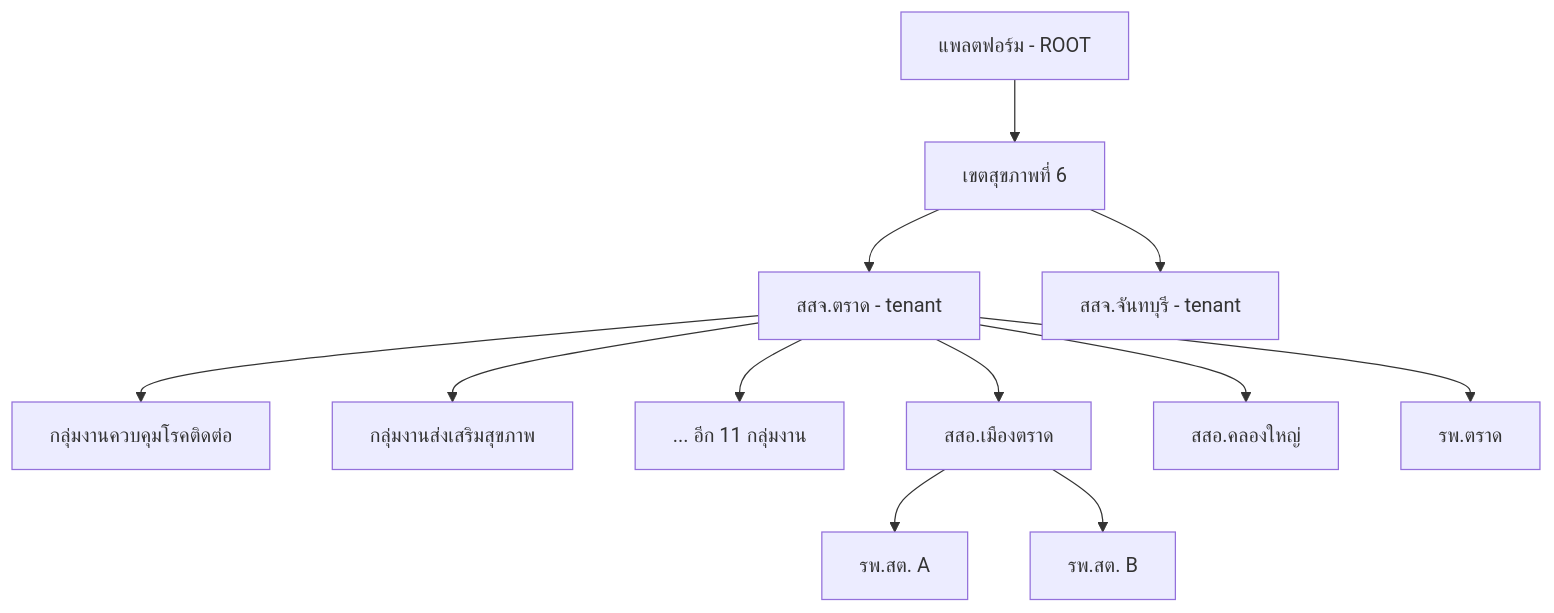
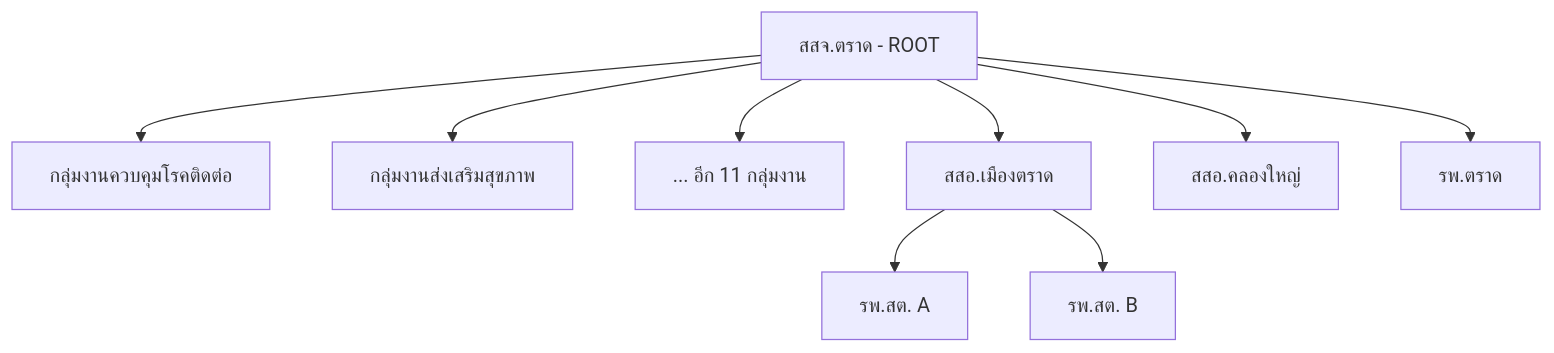
The second of 7 diagrams in docs/ARCHITECTURE.md (aletheiamask/Public-Health), drawn with Mermaid before and after one commit. The commit also changed other lines of this file and 1 other file, not shown here.

````diff
--- a/docs/ARCHITECTURE.md
+++ b/docs/ARCHITECTURE.md
@@ -172,14 +171,12 @@
 ```mermaid
 flowchart TD
-  R[แพลตฟอร์ม - ROOT] --> Z6[เขตสุขภาพที่ 6]
-  Z6 --> P[สสจ.ตราด - tenant]
-  Z6 --> P2[สสจ.จันทบุรี - tenant]
+  P[สสจ.ตราด - ROOT]
   P --> D1[กลุ่มงานควบคุมโรคติดต่อ]
   P --> D2[กลุ่มงานส่งเสริมสุขภาพ]
   P --> D3[... อีก 11 กลุ่มงาน]
   P --> A1[สสอ.เมืองตราด]
   P --> A2[สสอ.คลองใหญ่]
   P --> H1[รพ.ตราด]
   A1 --> U1[รพ.สต. A]
   A1 --> U2[รพ.สต. B]
 ```
````
